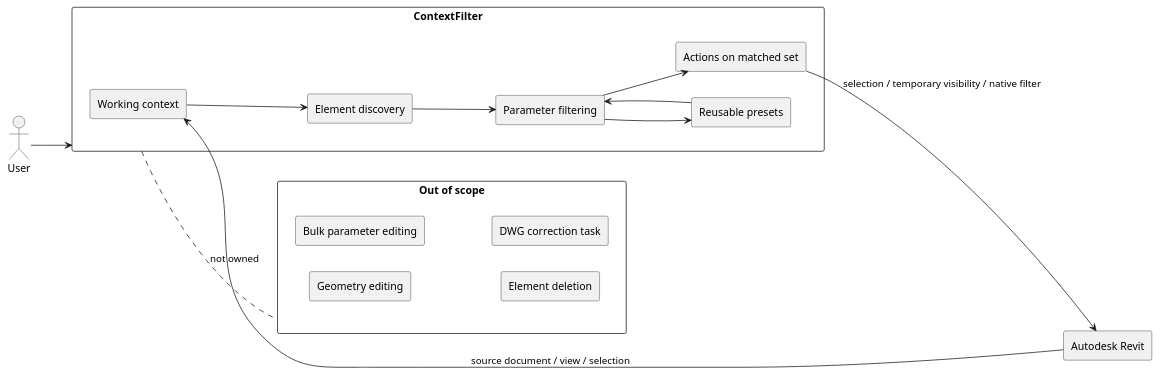
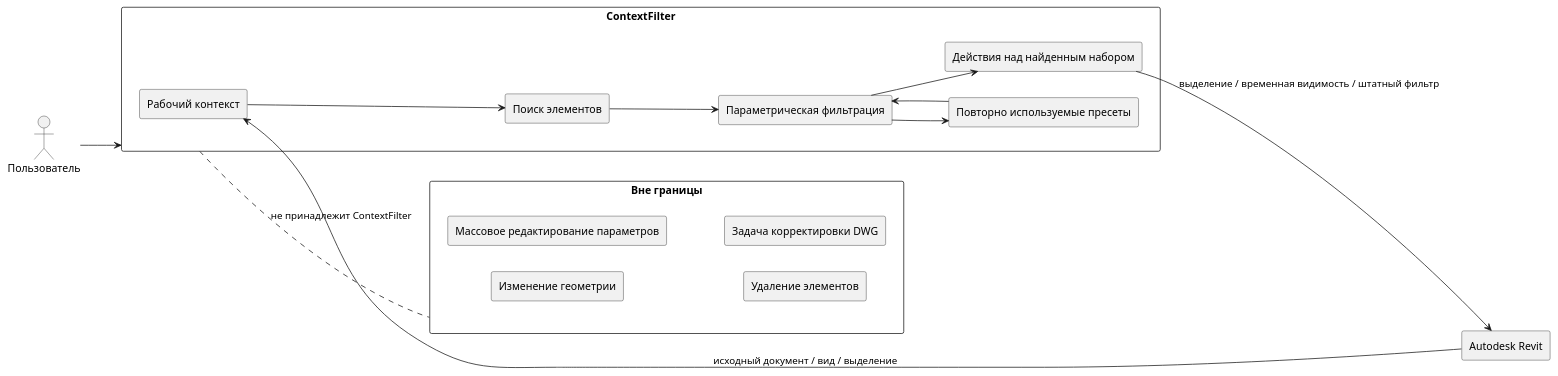
Before and after one commit to branch-danya-dev/revit-context-filter-analisys: the diagram in business/scope/diagrams/product-boundary.puml, drawn with PlantUML. The commit also changed 16 other files, not shown here.

```diff
--- a/business/scope/diagrams/product-boundary.puml
+++ b/business/scope/diagrams/product-boundary.puml
@@ -1,32 +1,32 @@
 @startuml
 left to right direction
 skinparam packageStyle rectangle
 
-actor User
+actor "Пользователь" as User
 rectangle "Autodesk Revit" as Revit
 rectangle "ContextFilter" as CF {
-  rectangle "Working context" as Context
-  rectangle "Element discovery" as Discovery
-  rectangle "Parameter filtering" as Filtering
-  rectangle "Reusable presets" as Presets
-  rectangle "Actions on matched set" as Actions
+  rectangle "Рабочий контекст" as Context
+  rectangle "Поиск элементов" as Discovery
+  rectangle "Параметрическая фильтрация" as Filtering
+  rectangle "Повторно используемые пресеты" as Presets
+  rectangle "Действия над найденным набором" as Actions
 }
 
 User --> CF
-Revit --> Context : source document / view / selection
+Revit --> Context : исходный документ / вид / выделение
 Context --> Discovery
 Discovery --> Filtering
 Filtering --> Actions
 Filtering --> Presets
 Presets --> Filtering
-Actions --> Revit : selection / temporary visibility / native filter
+Actions --> Revit : выделение / временная видимость / штатный фильтр
 
-rectangle "Out of scope" as OOS {
-  rectangle "Geometry editing"
-  rectangle "Bulk parameter editing"
-  rectangle "Element deletion"
-  rectangle "DWG correction task"
+rectangle "Вне границы" as OOS {
+  rectangle "Изменение геометрии"
+  rectangle "Массовое редактирование параметров"
+  rectangle "Удаление элементов"
+  rectangle "Задача корректировки DWG"
 }
 
-CF .. OOS : not owned
+CF .. OOS : не принадлежит ContextFilter
 @enduml
```
